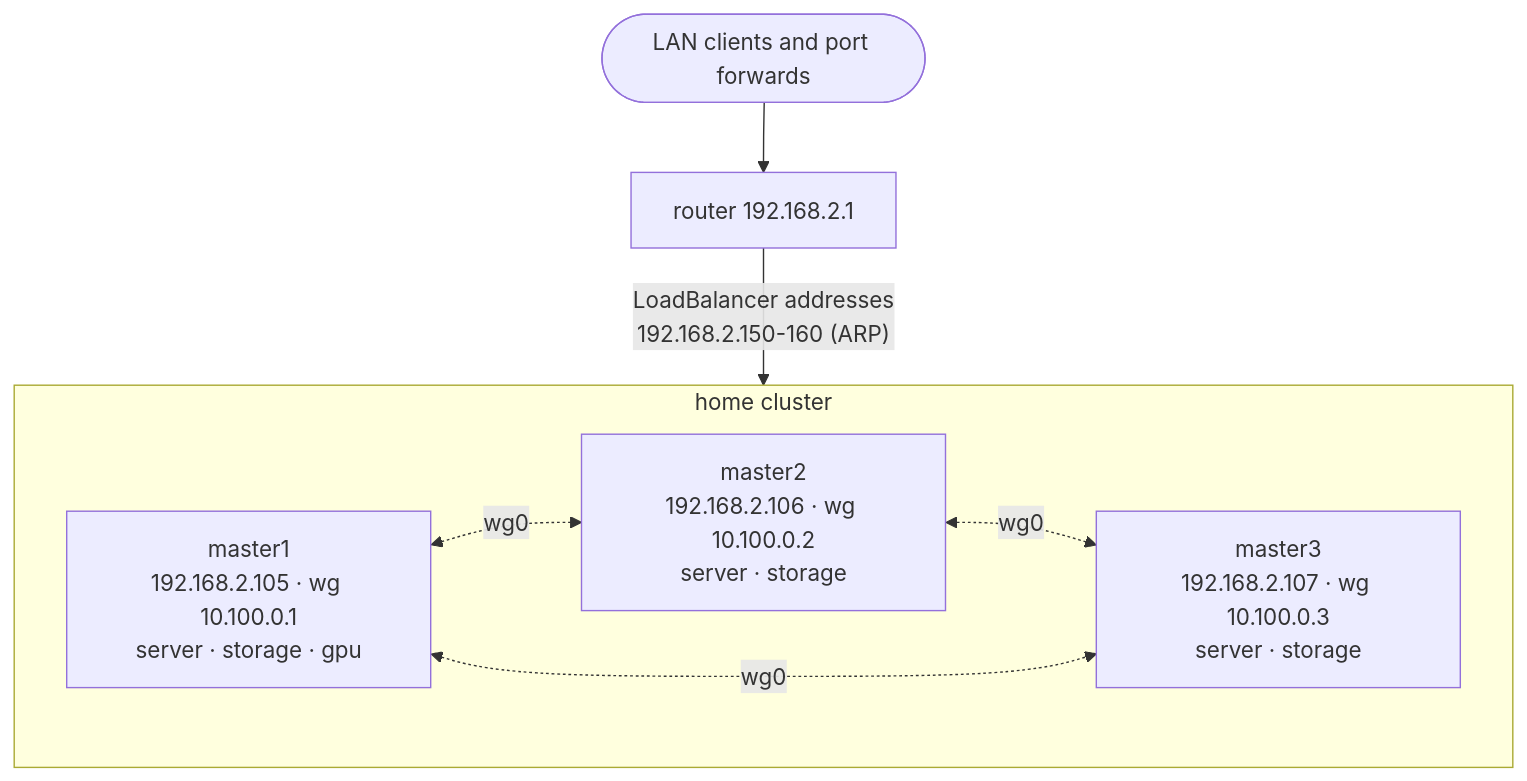
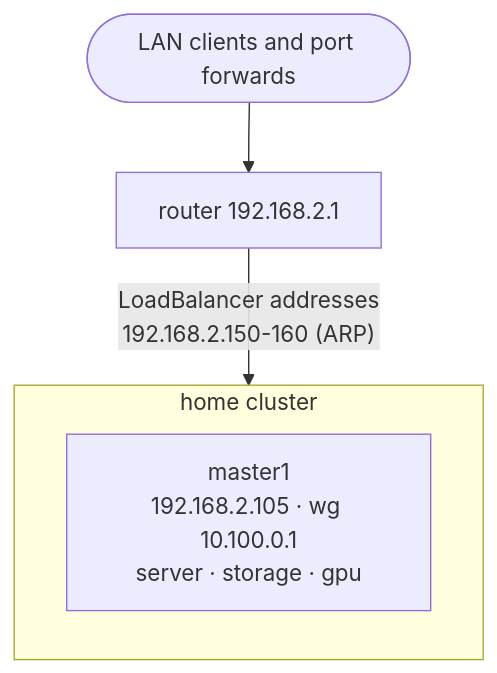
Before and after one commit to xLexih/homelab: the first of 8 diagrams in docs/ARCHITECTURE.md, drawn with Mermaid. The commit also changed other lines of this file and 16 other files, not shown here.

````diff
--- a/docs/ARCHITECTURE.md
+++ b/docs/ARCHITECTURE.md
@@ -8,16 +8,11 @@
 ```mermaid
 flowchart TB
   client([LAN clients and port forwards])
   router[router 192.168.2.1]
   subgraph home["home cluster"]
     direction LR
     m1["master1<br/>192.168.2.105 · wg 10.100.0.1<br/>server · storage · gpu"]
-    m2["master2<br/>192.168.2.106 · wg 10.100.0.2<br/>server · storage"]
-    m3["master3<br/>192.168.2.107 · wg 10.100.0.3<br/>server · storage"]
-    m1 <-. wg0 .-> m2
-    m2 <-. wg0 .-> m3
-    m1 <-. wg0 .-> m3
   end
   client --> router
   router -- "LoadBalancer addresses<br/>192.168.2.150-160 (ARP)" --> home
 ```
````
